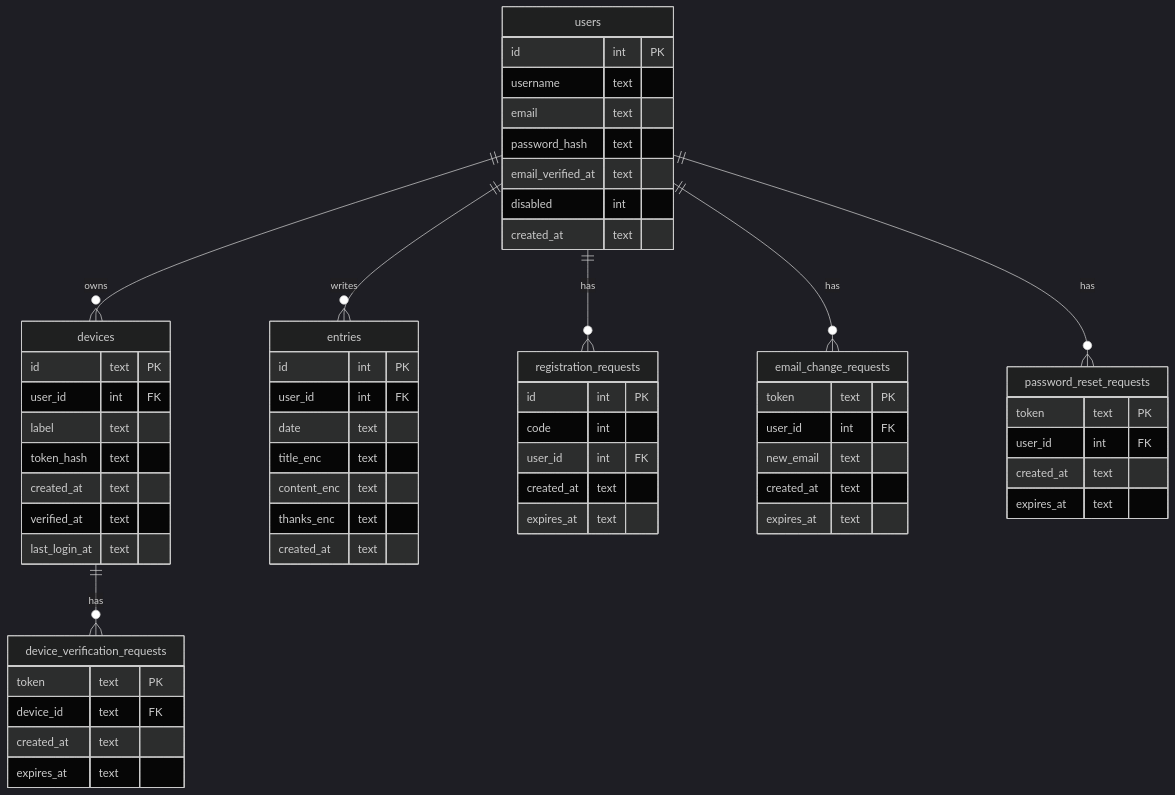
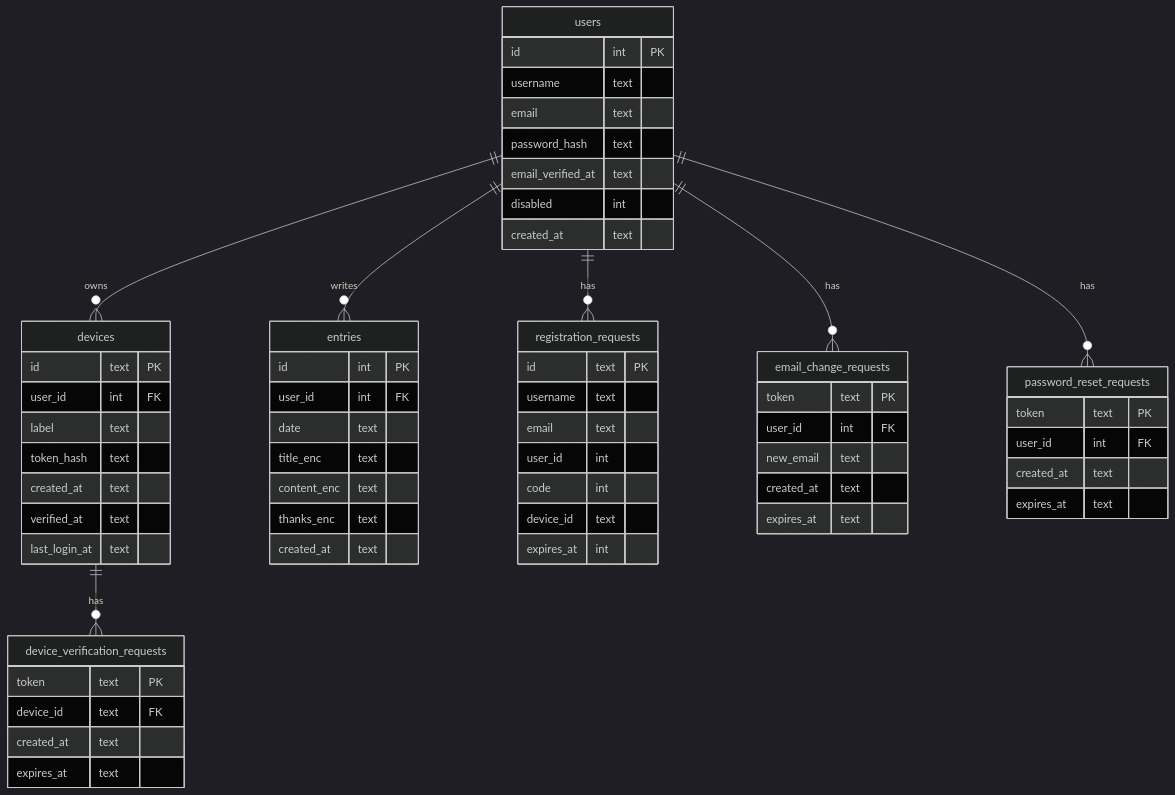
The diagram in README.md (ScriptRaccoon/mind-echoes), drawn with Mermaid (dark theme) before and after one commit.

````diff
--- a/README.md
+++ b/README.md
@@ -47,69 +47,71 @@
 ```mermaid
 erDiagram
     users {
         id int PK
         username text
         email text
         password_hash text
         email_verified_at text
         disabled int
         created_at text
     }
 
     devices {
         id text PK
         user_id int FK
         label text
         token_hash text
         created_at text
         verified_at text
         last_login_at text
     }
 
     entries {
         id int PK
         user_id int FK
         date text
         title_enc text
         content_enc text
         thanks_enc text
         created_at text
     }
 
     registration_requests {
-        id int PK
+        id text PK
+        username text
+        email text
+        user_id int
         code int
-        user_id int FK
-        created_at text
-        expires_at text
+        device_id text
+        expires_at int
     }
 
     email_change_requests {
         token text PK
         user_id int FK
         new_email text
         created_at text
         expires_at text
     }
 
     device_verification_requests {
         token text PK
         device_id text FK
         created_at text
         expires_at text
     }
 
     password_reset_requests {
         token text PK
         user_id int FK
         created_at text
         expires_at text
     }
 
     users ||--o{ devices : owns
     users ||--o{ entries : writes
     users ||--o{ registration_requests : has
     users ||--o{ email_change_requests : has
     users ||--o{ password_reset_requests : has
     devices ||--o{ device_verification_requests : has
 ```
````
